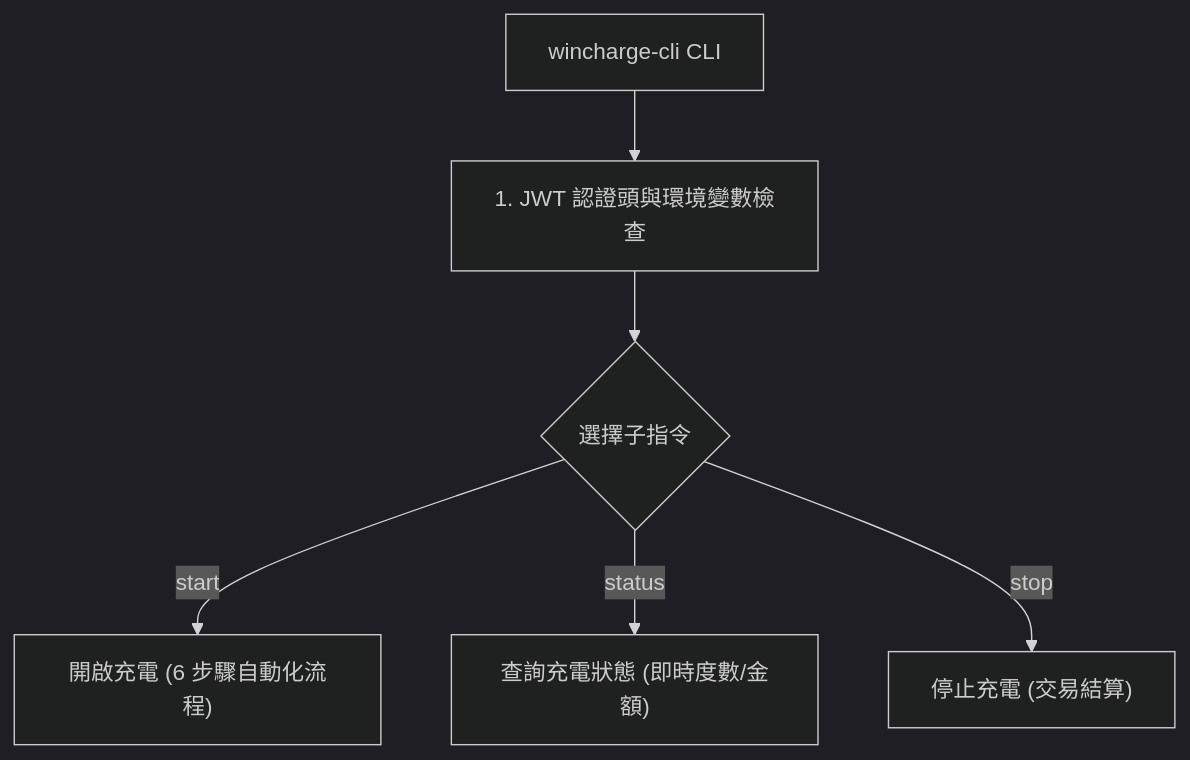
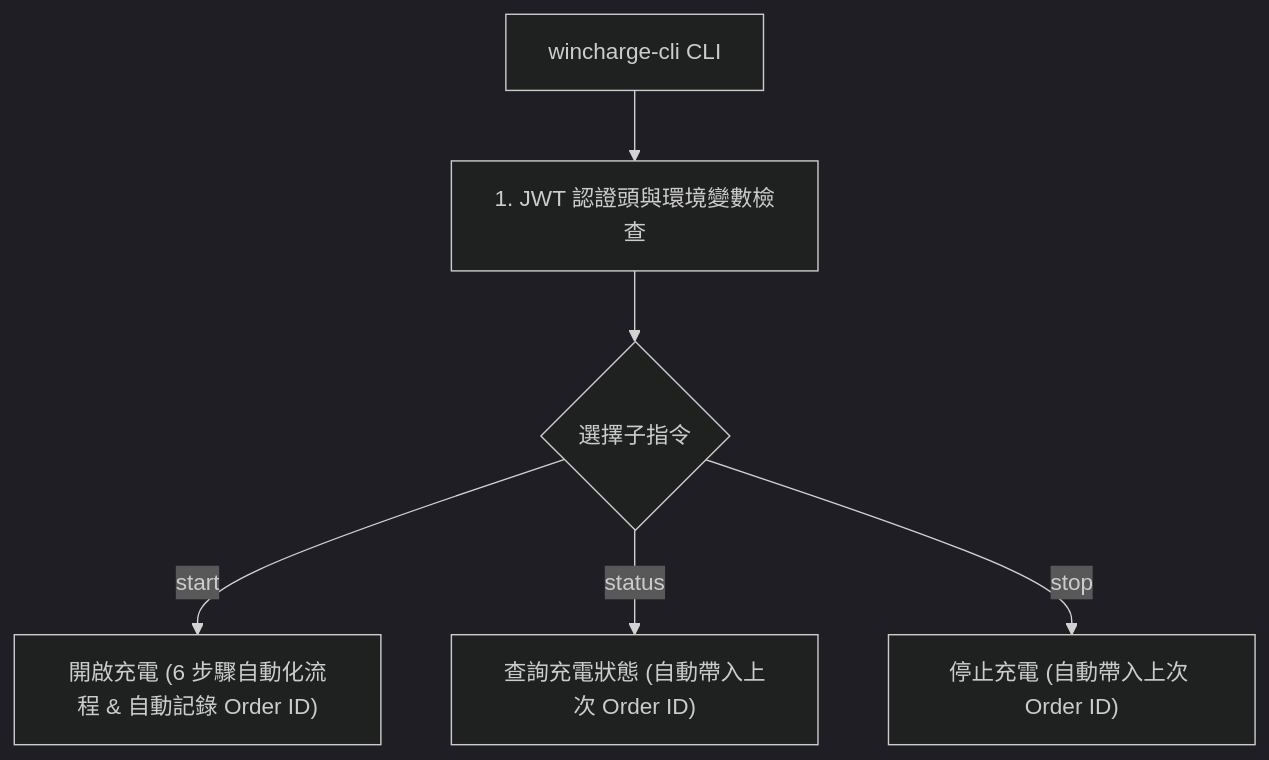
Before and after one commit to shuangrain/wincharge-cli: the first of 3 diagrams in README.md, drawn with Mermaid (dark theme). The commit also changed other lines of this file and 1 other file, not shown here.

Commit message:
feat: add --json flag, last order ID caching, and Home Assistant integration docs

````diff
--- a/README.md
+++ b/README.md
@@ -40,10 +96,10 @@
 ```mermaid
 graph TD
     CLI["wincharge-cli CLI"] --> AuthCheck["1. JWT 認證頭與環境變數檢查"]
     
     AuthCheck --> Subcommands{"選擇子指令"}
     
-    Subcommands -->|"start"| StartFlow["開啟充電 (6 步驟自動化流程)"]
-    Subcommands -->|"status"| StatusFlow["查詢充電狀態 (即時度數/金額)"]
-    Subcommands -->|"stop"| StopFlow["停止充電 (交易結算)"]
+    Subcommands -->|"start"| StartFlow["開啟充電 (6 步驟自動化流程 & 自動記錄 Order ID)"]
+    Subcommands -->|"status"| StatusFlow["查詢充電狀態 (自動帶入上次 Order ID)"]
+    Subcommands -->|"stop"| StopFlow["停止充電 (自動帶入上次 Order ID)"]
 ```
````
